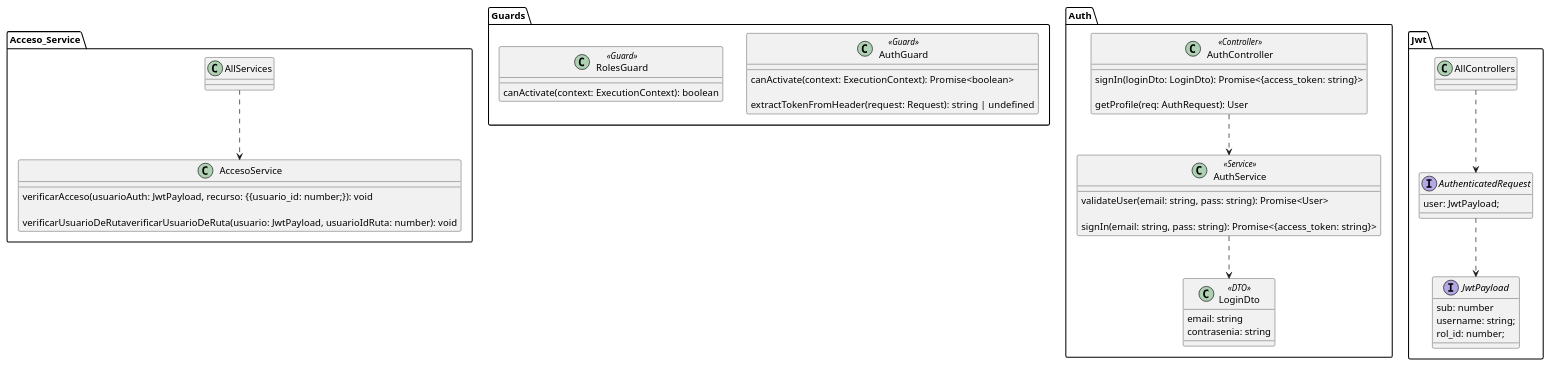
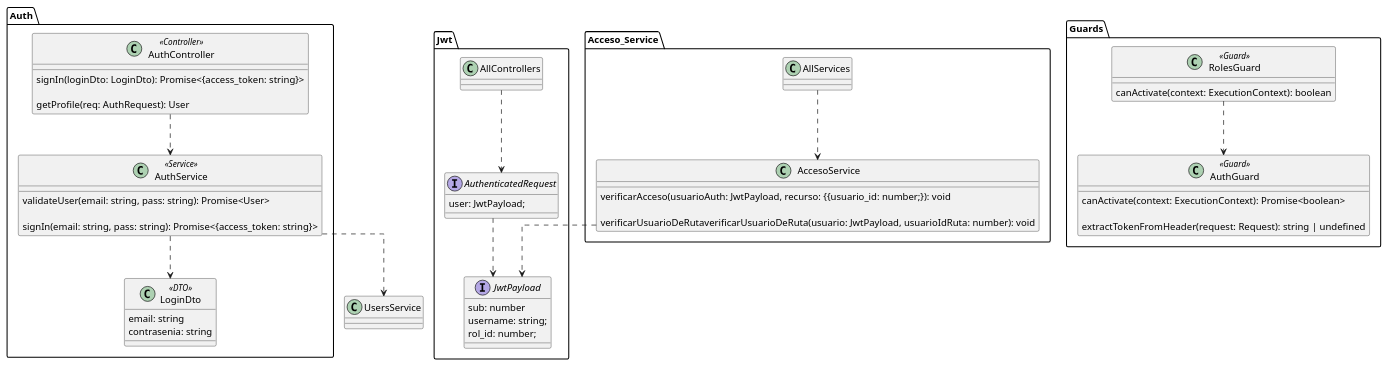
One commit to fedef1982/2025-TUP-Prog3-TP-Grupo2 changed the diagram in documentacion/diagramas/Diagramas de clases/diagrama_clase_auth+Acceso+QueryDto.puml. Above: the diagram before and after it, drawn with PlantUML. The commit also changed 2 other files, not shown here.

Commit message:
diagramas

```diff
--- a/documentacion/diagramas/Diagramas de clases/diagrama_clase_auth+Acceso+QueryDto.puml
+++ b/documentacion/diagramas/Diagramas de clases/diagrama_clase_auth+Acceso+QueryDto.puml
@@ -1,87 +1,90 @@
 @startuml AdoptAR
 
 skinparam Linetype ortho
+
+package Jwt {
+
+    class AllControllers{
+
+    }
+
+    interface JwtPayload {
+        sub: number
+        username: string;
+        rol_id: number;
+    }
+
+    interface AuthenticatedRequest {
+        user: JwtPayload;
+    }
+}
 
 package Acceso_Service{
 
     class AllServices {
 
     }
 
     class AccesoService{
 
     verificarAcceso(usuarioAuth: JwtPayload, recurso: {{usuario_id: number;}): void    
 
     verificarUsuarioDeRutaverificarUsuarioDeRuta(usuario: JwtPayload, usuarioIdRuta: number): void
 
     }
 
 }
 
 package Guards {
     class AuthGuard <<Guard>> {
 
         canActivate(context: ExecutionContext): Promise<boolean>
 
         extractTokenFromHeader(request: Request): string | undefined
     }
 
     class RolesGuard <<Guard>> {
 
         canActivate(context: ExecutionContext): boolean
     }
 }
 
 package Auth {
 
     class AuthService <<Service>> {
         validateUser(email: string, pass: string): Promise<User>
 
         signIn(email: string, pass: string): Promise<{access_token: string}>
 
     }
 
     class AuthController <<Controller>> {
 
         signIn(loginDto: LoginDto): Promise<{access_token: string}>
 
         getProfile(req: AuthRequest): User
     }
 
     class LoginDto <<DTO>> {
     email: string
     contrasenia: string
     }
 }
 
-package Jwt {
-
-    class AllControllers{
-
-    }
-
-    interface JwtPayload {
-        sub: number
-        username: string;
-        rol_id: number;
-    }
-
-    interface AuthenticatedRequest {
-        user: JwtPayload;
-    }
-}
-
 
 
 
 
 /' Relaciones '/
 AuthController ..> AuthService 
 AuthService ..> LoginDto
+AuthService ..> UsersService
 
 AuthenticatedRequest ..> JwtPayload
 
 AllServices ..> AccesoService
 AllControllers ..> AuthenticatedRequest
+AccesoService ..> JwtPayload
 
+RolesGuard ..> AuthGuard
 @enduml
```
